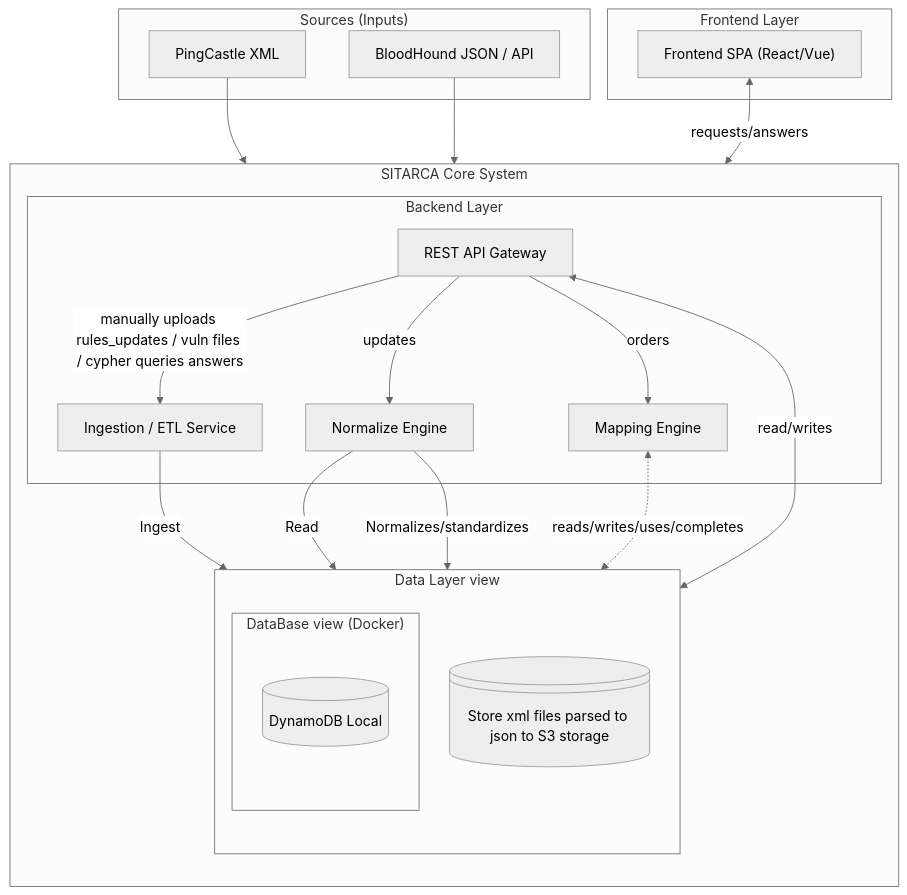
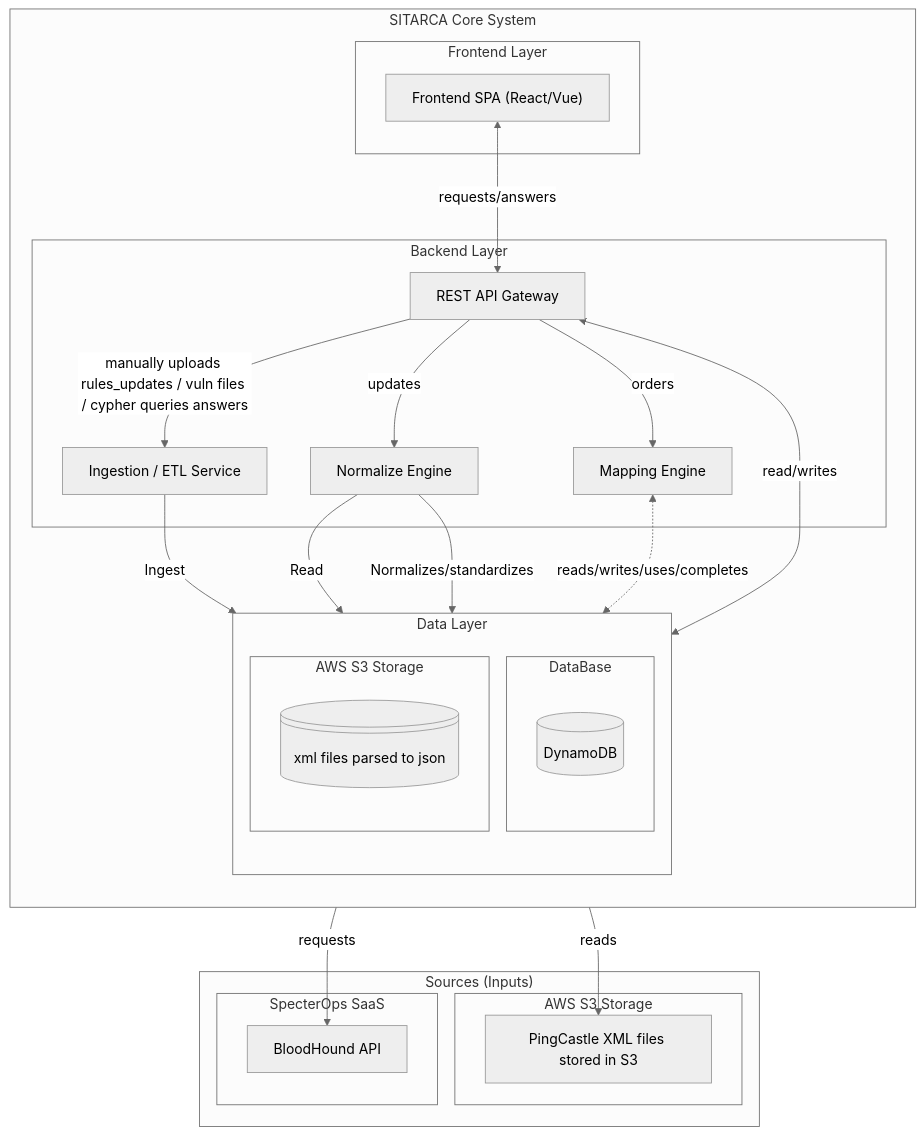
Before and after one commit to OurITRes/sitarca: the third of 3 diagrams in docs/ARCHITECTURE.md, drawn with Mermaid (neutral theme). The commit also changed other lines of this file, not shown here.

Commit message:
architecture readme update

````diff
--- a/docs/ARCHITECTURE.md
+++ b/docs/ARCHITECTURE.md
@@ -9,49 +220,56 @@
 ```mermaid
 flowchart TD
   subgraph Sources["Sources (Inputs)"]
-    PC["PingCastle XML"]
-    BH["BloodHound JSON / API"]
+    subgraph AWS["AWS S3 Storage"]
+        PC["PingCastle XML files stored in S3"]
+    end
+    subgraph Saas["SpecterOps SaaS"]
+        BH["BloodHound API"]
+    end
   end
 
   subgraph Core["SITARCA Core System"]
     direction TB
 
     subgraph Backend["Backend Layer"]
       EngineN["Normalize Engine"]
 
       ETL["Ingestion / ETL Service"]
       
       Engine["Mapping Engine"]
       
       API["REST API Gateway"]
     end
 
-    subgraph Data ["Data Layer view"]
+    subgraph Data ["Data Layer"]
         direction TB
-        subgraph DataBase["DataBase view (Docker)"]
-            DB[("DynamoDB Local")]
+        subgraph DataBase["DataBase"]
+            DB[("DynamoDB")]
         end
-        RawData@{ title: RawData, shape: lin-cyl, label: "Store xml files parsed to json to S3 storage" } 
+        subgraph Files["AWS S3 Storage"]
+            RawData@{ title: RawData, shape: lin-cyl, label: "xml files parsed to json" } 
+        end
+    end
+
+    subgraph Frontend["Frontend Layer"]
+        UI["Frontend SPA (React/Vue)"]
     end
 
   end
 
-  subgraph Frontend["Frontend Layer"]
-    UI["Frontend SPA (React/Vue)"]
-  end
 
   %% Flux
-  PC --> ETL
-  BH --> ETL
+  ETL -- reads --> PC 
+  ETL -- requests --> BH
   ETL -- "Ingest" --> RawData
   EngineN -- Read --> RawData
   EngineN -- "Normalizes/standardizes" --> DB
 
   Engine <-. "reads/writes/uses/completes" .-> DB
 
   UI <-- "requests/answers" --> API
   API <-- "read/writes" --> DB
   API -- "orders" --> Engine
   API -- "updates" --> EngineN
   API -- "manually uploads rules_updates / vuln files / cypher queries answers" --> ETL
 ```
````
